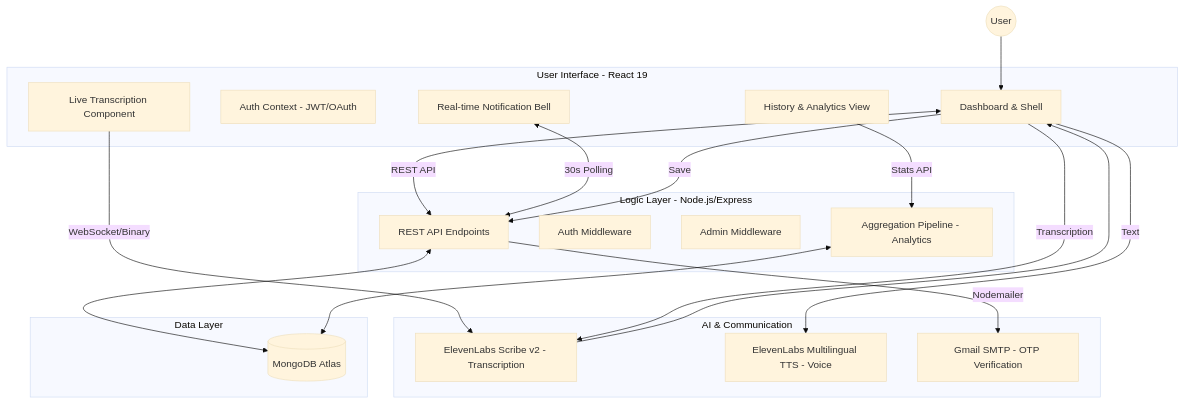
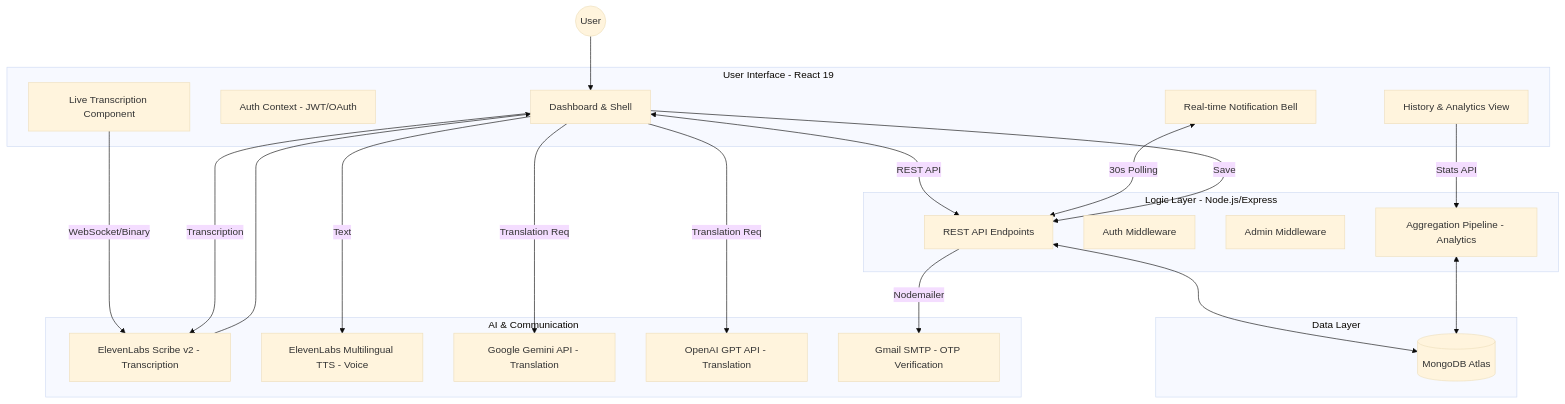
Before and after one commit to Muler8905/polyglotScribe: the diagram in README.md, drawn with Mermaid (base theme).

Commit message:
docs: include Gemini and OpenAI in system architecture

````diff
--- a/README.md
+++ b/README.md
@@ -117,43 +117,47 @@
 ```mermaid
 graph TD
     subgraph Client [User Interface - React 19]
         FE[Dashboard & Shell]
         Auth[Auth Context - JWT/OAuth]
         Live[Live Transcription Component]
         History[History & Analytics View]
         Notify[Real-time Notification Bell]
     end
 
     subgraph External [AI & Communication]
         EL_Scribe[ElevenLabs Scribe v2 - Transcription]
         EL_TTS[ElevenLabs Multilingual TTS - Voice]
+        Gemini[Google Gemini API - Translation]
+        OpenAI[OpenAI GPT API - Translation]
         Gmail[Gmail SMTP - OTP Verification]
     end
 
     subgraph Backend [Logic Layer - Node.js/Express]
         API[REST API Endpoints]
         M_Auth[Auth Middleware]
         M_Admin[Admin Middleware]
         Agg[Aggregation Pipeline - Analytics]
     end
 
     subgraph Storage [Data Layer]
         DB[(MongoDB Atlas)]
     end
 
     %% Connections
     FE <-->|REST API| API
     Notify <-->|30s Polling| API
     Live -->|WebSocket/Binary| EL_Scribe
+    FE -->|Text| EL_TTS
+    FE -->|Translation Req| Gemini
+    FE -->|Translation Req| OpenAI
     API <--> DB
     API -->|Nodemailer| Gmail
-    FE -->|Text| EL_TTS
     History -->|Stats API| Agg
     Agg <--> DB
 
     %% Data Flow
     User((User)) --> FE
     FE -->|Transcription| EL_Scribe
     EL_Scribe --> FE
     FE -->|Save| API
 ```
````
